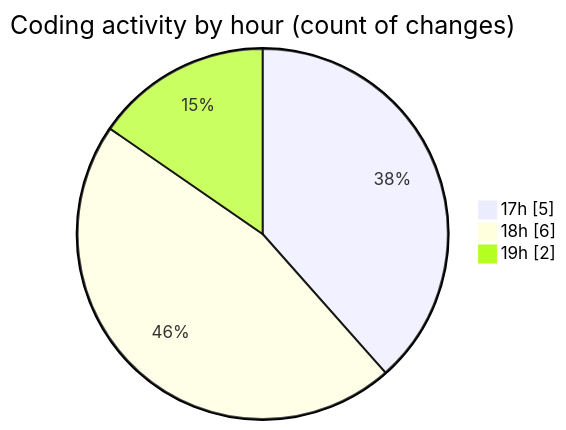
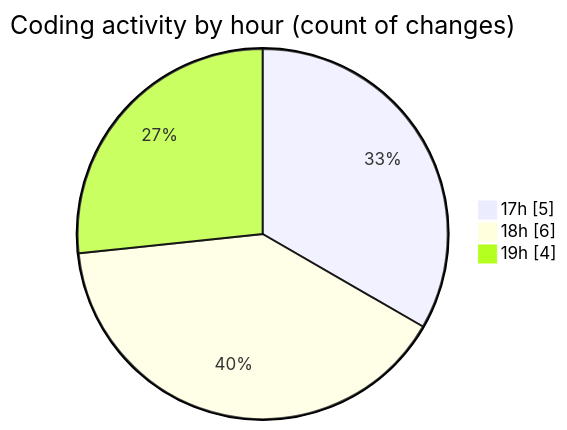
The second of 2 diagrams in 2026-02-01/singularitybrainai/README.md (tmsrecording-cyber/code-tracking), drawn with Mermaid before and after one commit. The commit also changed other lines of this file and 1 other file, not shown here.

````diff
--- a/2026-02-01/singularitybrainai/README.md
+++ b/2026-02-01/singularitybrainai/README.md
@@ -31,7 +31,7 @@
 ```mermaid
 pie showData
 title Coding activity by hour (count of changes)
 "17h" : 5
 "18h" : 6
-"19h" : 2
+"19h" : 4
 ```
````
